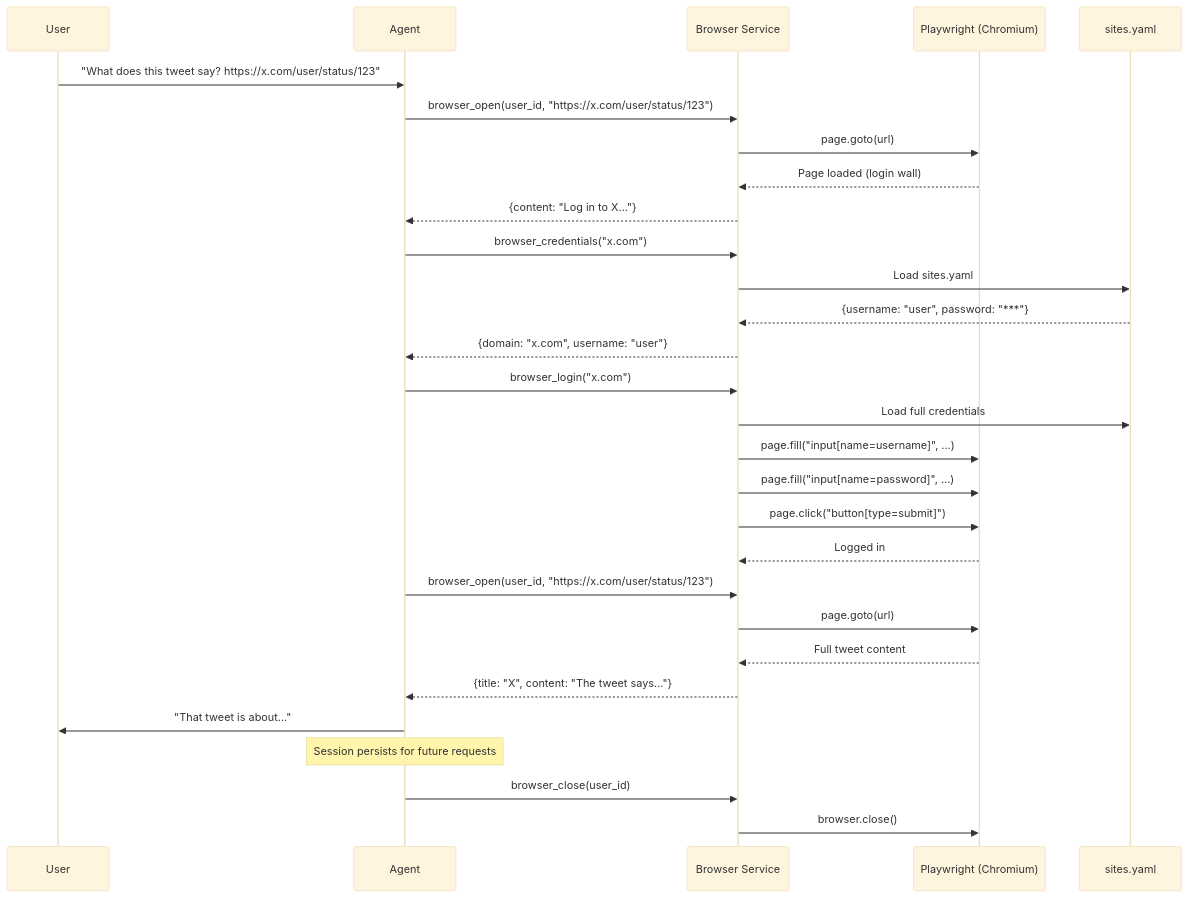
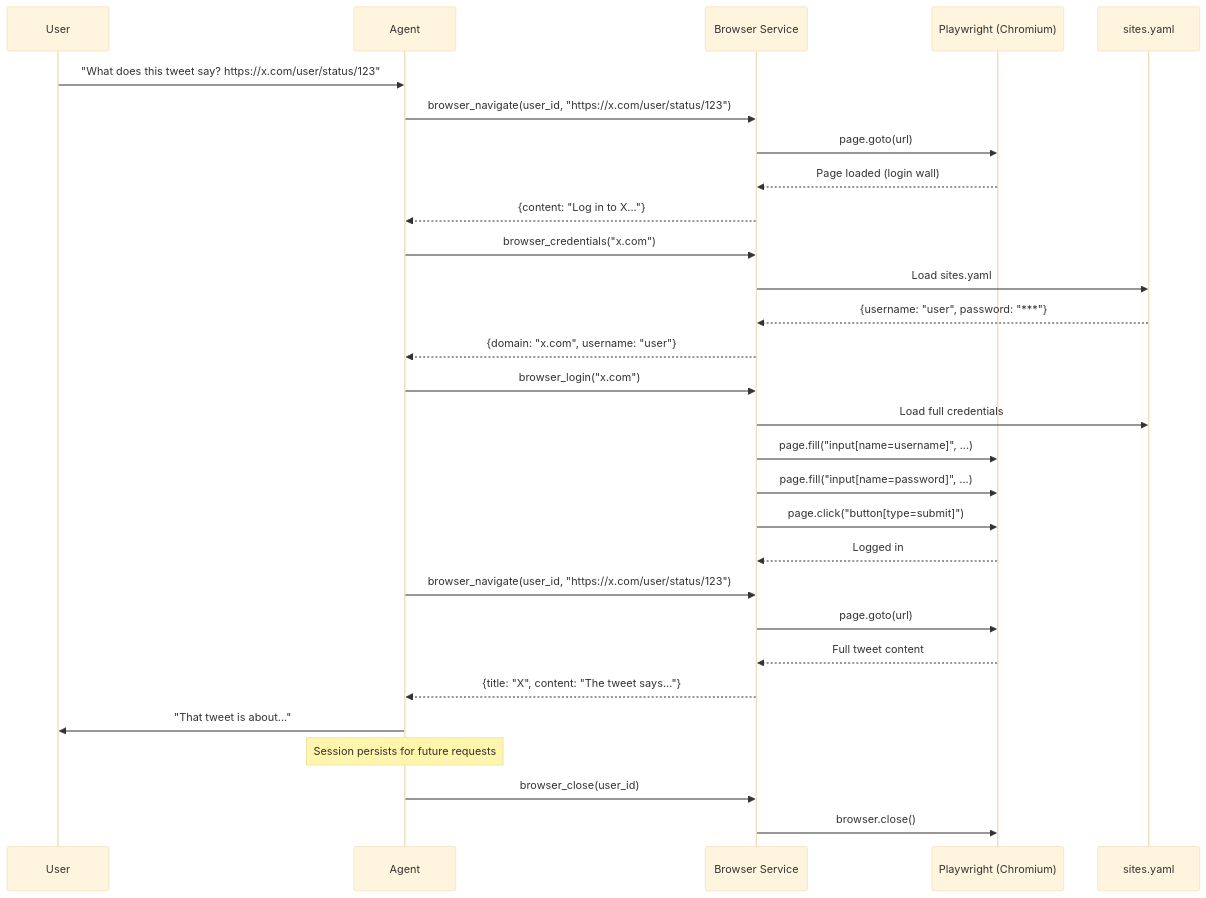
The second of 3 diagrams in docs/infrastructure/browser.md (praxagent/prax), drawn with Mermaid (base theme) before and after one commit. The commit also changed other lines of this file and 37 other files, not shown here.

````diff
--- a/docs/infrastructure/browser.md
+++ b/docs/infrastructure/browser.md
@@ -97,37 +97,37 @@
 ```mermaid
 sequenceDiagram
     participant U as User
     participant A as Agent
     participant BW as Browser Service
     participant PW as Playwright (Chromium)
     participant YAML as sites.yaml
 
     U->>A: "What does this tweet say? https://x.com/user/status/123"
-    A->>BW: browser_open(user_id, "https://x.com/user/status/123")
+    A->>BW: browser_navigate(user_id, "https://x.com/user/status/123")
     BW->>PW: page.goto(url)
     PW-->>BW: Page loaded (login wall)
     BW-->>A: {content: "Log in to X..."}
 
     A->>BW: browser_credentials("x.com")
     BW->>YAML: Load sites.yaml
     YAML-->>BW: {username: "user", password: "***"}
     BW-->>A: {domain: "x.com", username: "user"}
 
     A->>BW: browser_login("x.com")
     BW->>YAML: Load full credentials
     BW->>PW: page.fill("input[name=username]", ...)
     BW->>PW: page.fill("input[name=password]", ...)
     BW->>PW: page.click("button[type=submit]")
     PW-->>BW: Logged in
 
-    A->>BW: browser_open(user_id, "https://x.com/user/status/123")
+    A->>BW: browser_navigate(user_id, "https://x.com/user/status/123")
     BW->>PW: page.goto(url)
     PW-->>BW: Full tweet content
     BW-->>A: {title: "X", content: "The tweet says..."}
 
     A->>U: "That tweet is about..."
 
     Note over A: Session persists for future requests
     A->>BW: browser_close(user_id)
     BW->>PW: browser.close()
 ```
````
